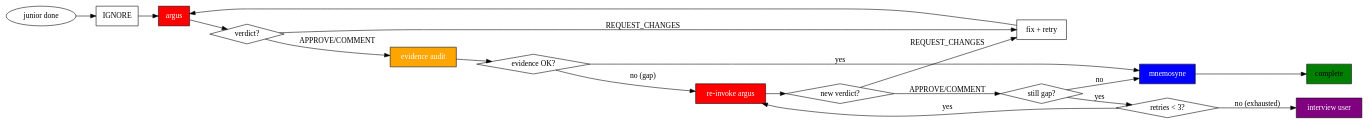
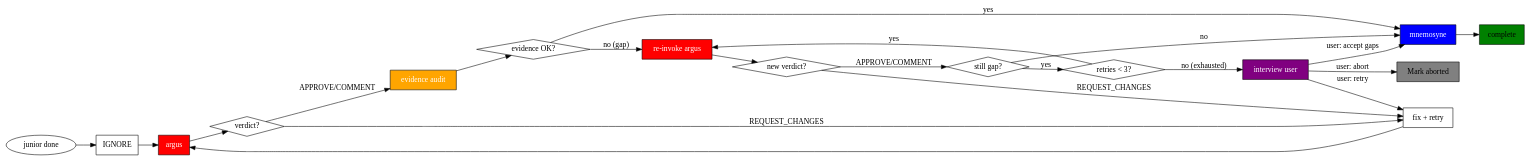
The diagram in skills/sisyphus/verification.md (toongri/oh-my-toong-playground), drawn with Graphviz before and after one commit. The commit also changed other lines of this file and 6 other files, not shown here.

````diff
--- a/skills/sisyphus/verification.md
+++ b/skills/sisyphus/verification.md
@@ -7,35 +7,40 @@
 ```dot
 digraph verification_flow {
     rankdir=LR;
     "junior done" [shape=ellipse];
     "IGNORE" [shape=box];
     "argus" [shape=box, style=filled, fillcolor=red, fontcolor=white];
     "verdict?" [shape=diamond];
     "evidence audit" [shape=box, style=filled, fillcolor=orange, fontcolor=white];
     "evidence OK?" [shape=diamond];
     "re-invoke argus" [shape=box, style=filled, fillcolor=red, fontcolor=white];
     "new verdict?" [shape=diamond];
     "still gap?" [shape=diamond];
     "retries < 3?" [shape=diamond];
     "interview user" [shape=box, style=filled, fillcolor=purple, fontcolor=white];
     "mnemosyne" [shape=box, style=filled, fillcolor=blue, fontcolor=white];
     "complete" [shape=box, style=filled, fillcolor=green];
     "fix + retry" [shape=box];
 
     "junior done" -> "IGNORE" -> "argus" -> "verdict?";
     "verdict?" -> "fix + retry" [label="REQUEST_CHANGES"];
     "verdict?" -> "evidence audit" [label="APPROVE/COMMENT"];
     "evidence audit" -> "evidence OK?";
     "evidence OK?" -> "mnemosyne" [label="yes"];
     "evidence OK?" -> "re-invoke argus" [label="no (gap)"];
     "re-invoke argus" -> "new verdict?";
     "new verdict?" -> "fix + retry" [label="REQUEST_CHANGES"];
     "new verdict?" -> "still gap?" [label="APPROVE/COMMENT"];
     "still gap?" -> "mnemosyne" [label="no"];
     "still gap?" -> "retries < 3?" [label="yes"];
     "retries < 3?" -> "re-invoke argus" [label="yes"];
     "retries < 3?" -> "interview user" [label="no (exhausted)"];
     "mnemosyne" -> "complete";
     "fix + retry" -> "argus";
+    "Mark aborted" [shape=box, style=filled, fillcolor=gray];
+
+    "interview user" -> "fix + retry" [label="user: retry"];
+    "interview user" -> "mnemosyne" [label="user: accept gaps"];
+    "interview user" -> "Mark aborted" [label="user: abort"];
 }
 ```
````
